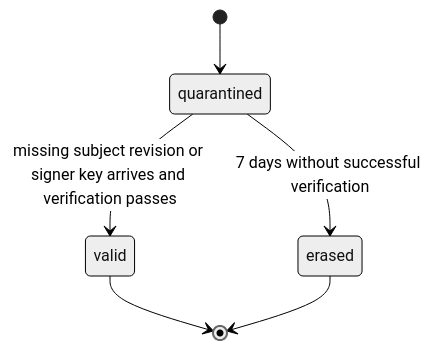
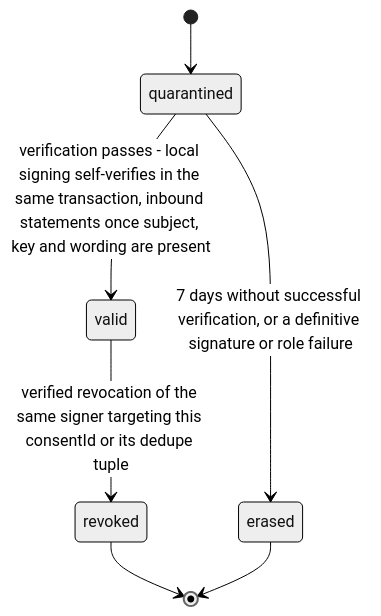
One commit to djshellshoxxx/CLASSifiedisRUPTed changed the diagram in 08_Communications/02_negotiation/mod_consent/workflow_state_machine.md. Above: the diagram before and after it, drawn with Mermaid (neutral theme). The commit also changed other lines of this file and 343 other files, not shown here.

````diff
--- a/08_Communications/02_negotiation/mod_consent/workflow_state_machine.md
+++ b/08_Communications/02_negotiation/mod_consent/workflow_state_machine.md
@@ -39,8 +25,9 @@
 ```mermaid
 stateDiagram-v2
   [*] --> quarantined
-  quarantined --> valid: missing subject revision or signer key arrives and verification passes
-  quarantined --> erased: 7 days without successful verification
-  valid --> [*]
+  quarantined --> valid: verification passes - local signing self-verifies in the same transaction, inbound statements once subject, key and wording are present
+  quarantined --> erased: 7 days without successful verification, or a definitive signature or role failure
+  valid --> revoked: verified revocation of the same signer targeting this consentId or its dedupe tuple
+  revoked --> [*]
   erased --> [*]
 ```
````
